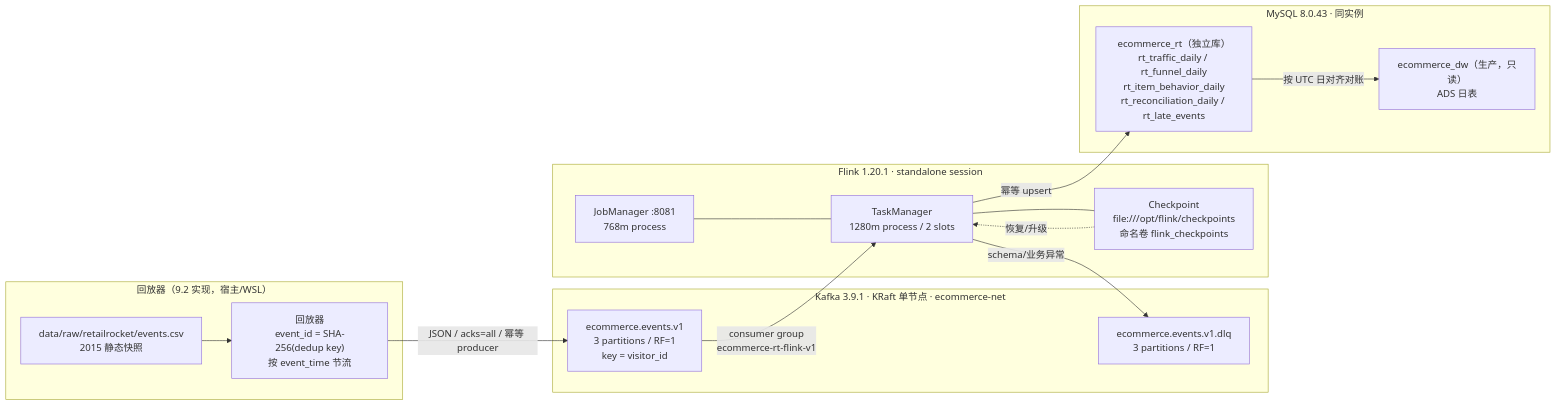
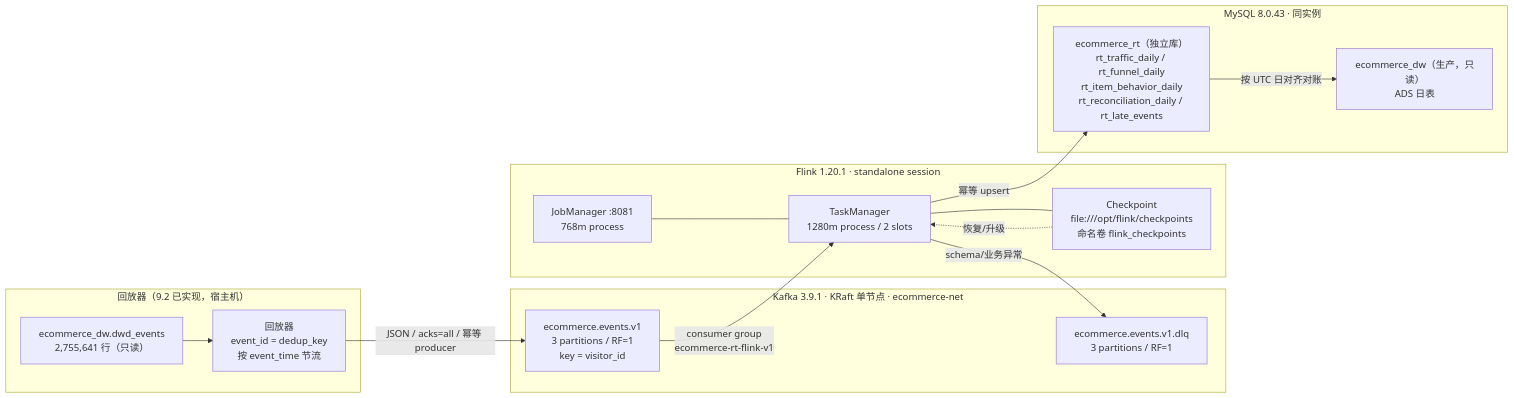
The diagram in docs/streaming_design.md (mz579/ecommerce-data-platform), drawn with Mermaid before and after one commit. The commit also changed other lines of this file and 20 other files, not shown here.

````diff
--- a/docs/streaming_design.md
+++ b/docs/streaming_design.md
@@ -50,33 +52,33 @@
 ```mermaid
 flowchart LR
-    subgraph REPLAY["回放器（9.2 实现，宿主/WSL）"]
-        CSV["data/raw/retailrocket/events.csv<br/>2015 静态快照"]
-        RP["回放器<br/>event_id = SHA-256(dedup key)<br/>按 event_time 节流"]
-        CSV --> RP
+    subgraph REPLAY["回放器（9.2 已实现，宿主机）"]
+        DWD["ecommerce_dw.dwd_events<br/>2,755,641 行（只读）"]
+        RP["回放器<br/>event_id = dedup_key<br/>按 event_time 节流"]
+        DWD --> RP
     end
 
     subgraph KAFKA["Kafka 3.9.1 · KRaft 单节点 · ecommerce-net"]
         T1["ecommerce.events.v1<br/>3 partitions / RF=1<br/>key = visitor_id"]
         DLQ["ecommerce.events.v1.dlq<br/>3 partitions / RF=1"]
     end
 
     subgraph FLINK["Flink 1.20.1 · standalone session"]
         JM["JobManager :8081<br/>768m process"]
         TM["TaskManager<br/>1280m process / 2 slots"]
         CK["Checkpoint<br/>file:///opt/flink/checkpoints<br/>命名卷 flink_checkpoints"]
         JM --- TM
         TM --- CK
     end
 
     subgraph MYSQL["MySQL 8.0.43 · 同实例"]
         RT["ecommerce_rt（独立库）<br/>rt_traffic_daily / rt_funnel_daily<br/>rt_item_behavior_daily<br/>rt_reconciliation_daily / rt_late_events"]
         DW["ecommerce_dw（生产，只读）<br/>ADS 日表"]
     end
 
     RP -->|"JSON / acks=all / 幂等 producer"| T1
     T1 -->|"consumer group<br/>ecommerce-rt-flink-v1"| TM
     TM -->|"幂等 upsert"| RT
     TM -->|"schema/业务异常"| DLQ
     RT -->|"按 UTC 日对齐对账"| DW
     CK -.->|"恢复/升级"| TM
 ```
````
